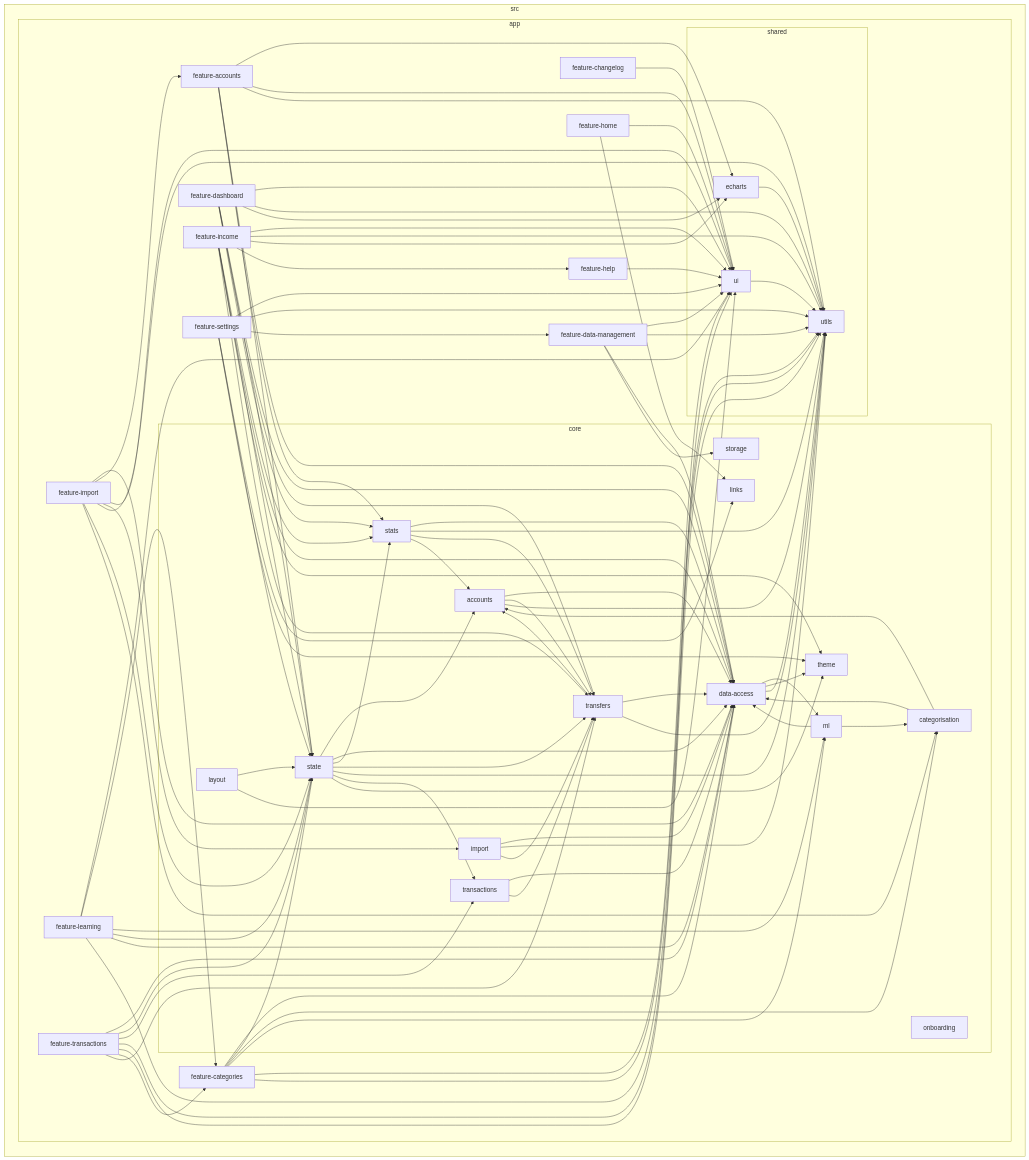
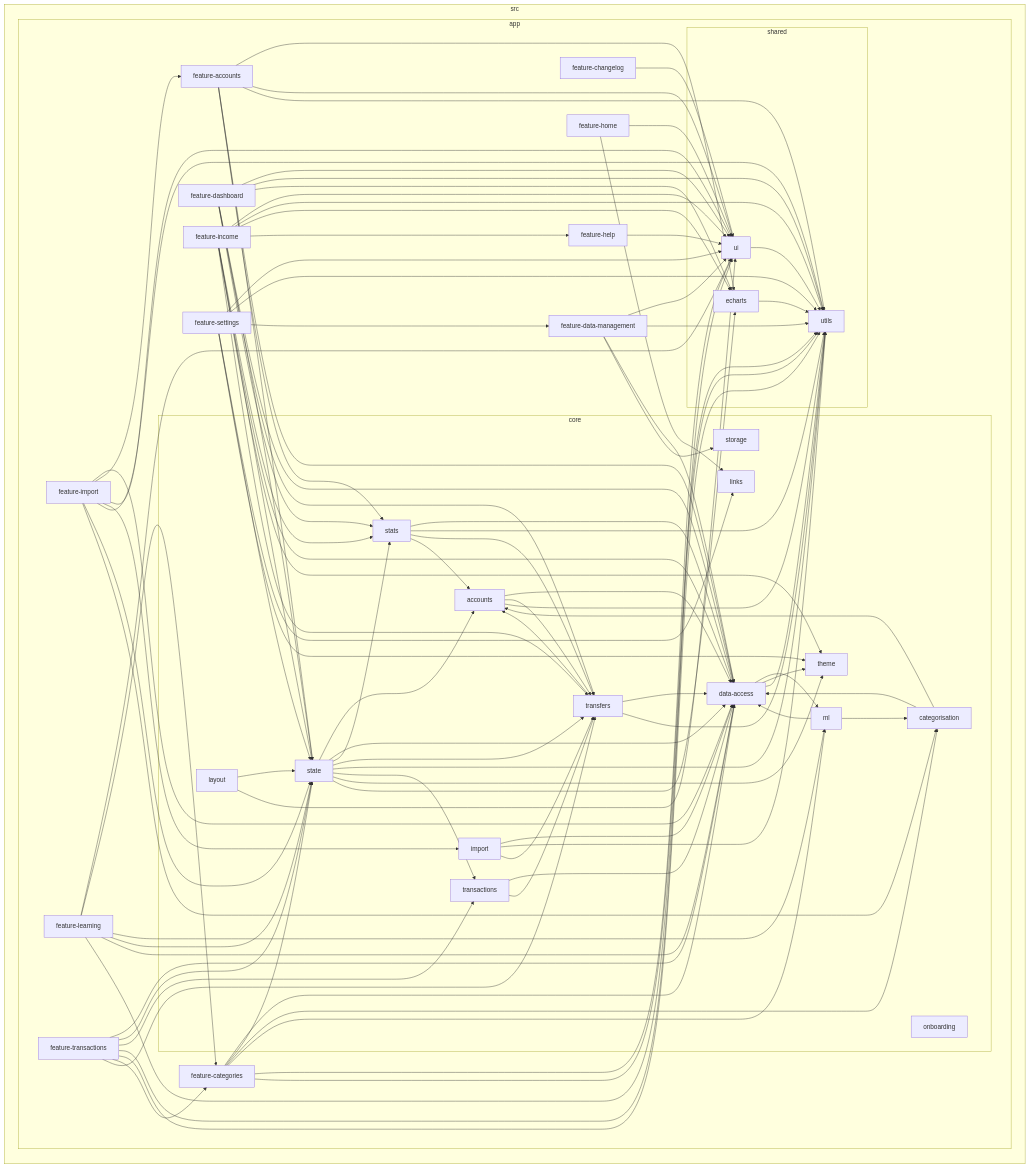
One commit to kevhauma/money-mosaic-v2 changed the diagram in reports/dependency-graph.mmd. Above: the diagram before and after it, drawn with Mermaid. The commit also changed 33 other files, not shown here.

First line of the commit message:
fix(charts): let a chart keep the settings you gave it for the session (TICKET-STAT-27)

```diff
--- a/reports/dependency-graph.mmd
+++ b/reports/dependency-graph.mmd
@@ -1,134 +1,135 @@
 flowchart LR
 
 subgraph 0["src"]
 subgraph 1["app"]
 subgraph 2["core"]
 3["accounts"]
 4["categorisation"]
 5["data-access"]
 6["import"]
 7["layout"]
 8["links"]
 9["ml"]
 A["onboarding"]
 B["state"]
 C["stats"]
 D["storage"]
 E["theme"]
 F["transactions"]
 G["transfers"]
 end
 H["feature-accounts"]
 I["feature-categories"]
 J["feature-changelog"]
 K["feature-dashboard"]
 L["feature-data-management"]
 M["feature-help"]
 N["feature-home"]
 O["feature-import"]
 P["feature-income"]
 Q["feature-learning"]
 R["feature-settings"]
 S["feature-transactions"]
 subgraph T["shared"]
 U["echarts"]
 V["ui"]
 W["utils"]
 end
 end
 end
 3-->5
 3-->G
 3-->W
 4-->5
 4-->3
 5-->9
 5-->E
 5-->W
 6-->5
 6-->W
 6-->G
 7-->B
 7-->V
 9-->4
 9-->5
 B-->3
 B-->5
 B-->C
 B-->G
 B-->W
 B-->F
 B-->E
+B-->U
 C-->5
 C-->W
 C-->G
 C-->3
 F-->5
 F-->G
 G-->5
 G-->3
 G-->W
 H-->5
 H-->U
 H-->B
 H-->V
 H-->W
 H-->C
 I-->5
 I-->B
 I-->V
 I-->W
 I-->4
 I-->9
 J-->V
 K-->5
 K-->B
 K-->V
 K-->W
 K-->G
 K-->C
 K-->U
 L-->5
 L-->D
 L-->V
 L-->W
 M-->V
 N-->8
 N-->V
 O-->5
 O-->H
 O-->V
 O-->6
 O-->W
 O-->B
 O-->4
 P-->C
 P-->V
 P-->W
 P-->5
 P-->B
 P-->E
 P-->G
 P-->U
 P-->M
 Q-->V
 Q-->I
 Q-->9
 Q-->B
 Q-->5
 Q-->W
 R-->V
 R-->8
 R-->B
 R-->W
 R-->L
 R-->E
 S-->5
 S-->B
 S-->F
 S-->V
 S-->W
 S-->I
 S-->G
 U-->W
 V-->W
```
